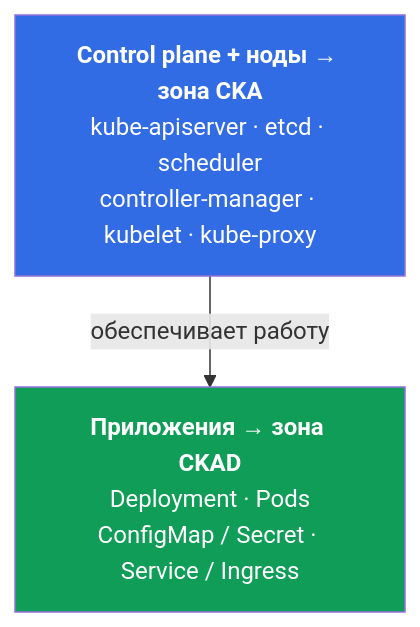
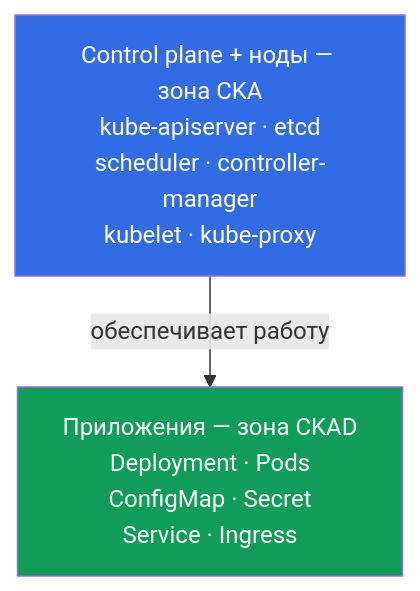
Before and after one commit to ViktorUJ/cks: the third of 9 diagrams in tasks/cka/course/01/ru.md, drawn with Mermaid. The commit also changed other lines of this file and 10 other files, not shown here.

````diff
--- a/tasks/cka/course/01/ru.md
+++ b/tasks/cka/course/01/ru.md
@@ -115,8 +115,8 @@
 ```mermaid
 flowchart TB
-    CP["<b>Control plane + ноды → зона CKA</b><br>kube-apiserver · etcd · scheduler<br>controller-manager · kubelet · kube-proxy"]
-    Apps["<b>Приложения → зона CKAD</b><br>Deployment · Pods<br>ConfigMap / Secret · Service / Ingress"]
+    CP["Control plane + ноды — зона CKA<br>kube-apiserver · etcd<br>scheduler · controller-manager<br>kubelet · kube-proxy"]
+    Apps["Приложения — зона CKAD<br>Deployment · Pods<br>ConfigMap · Secret<br>Service · Ingress"]
     CP -->|"обеспечивает работу"| Apps
     style CP fill:#326ce5,color:#fff
     style Apps fill:#0f9d58,color:#fff
 ```
````
